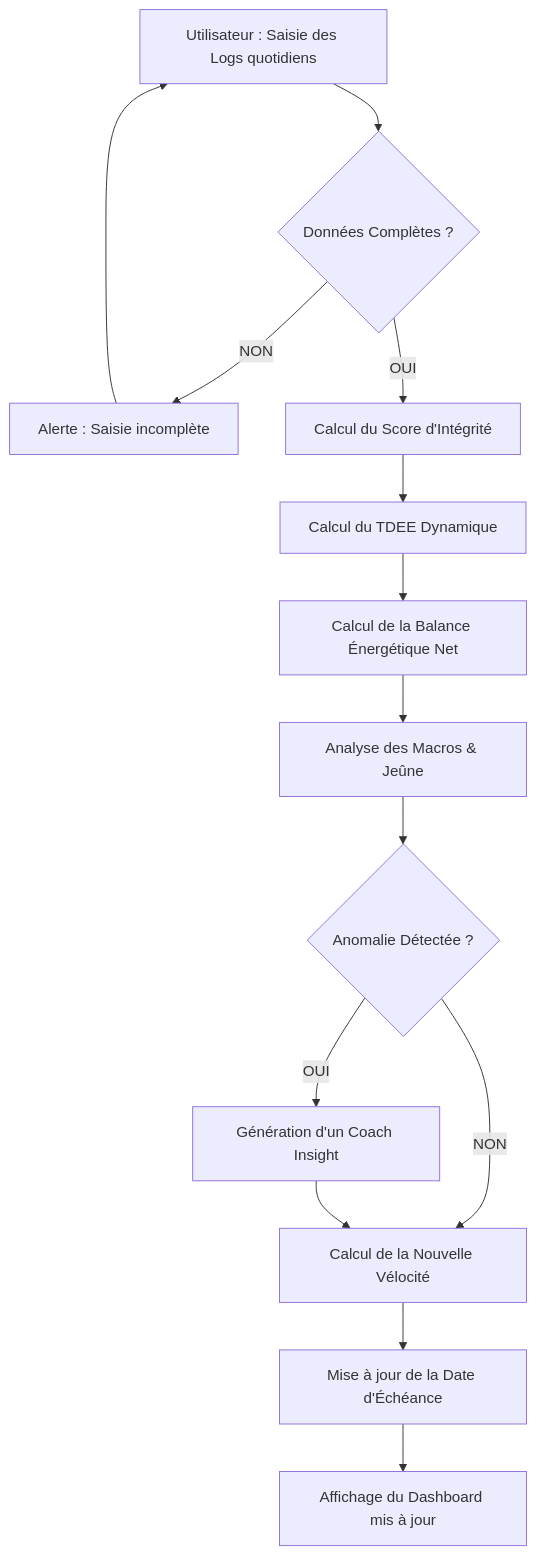
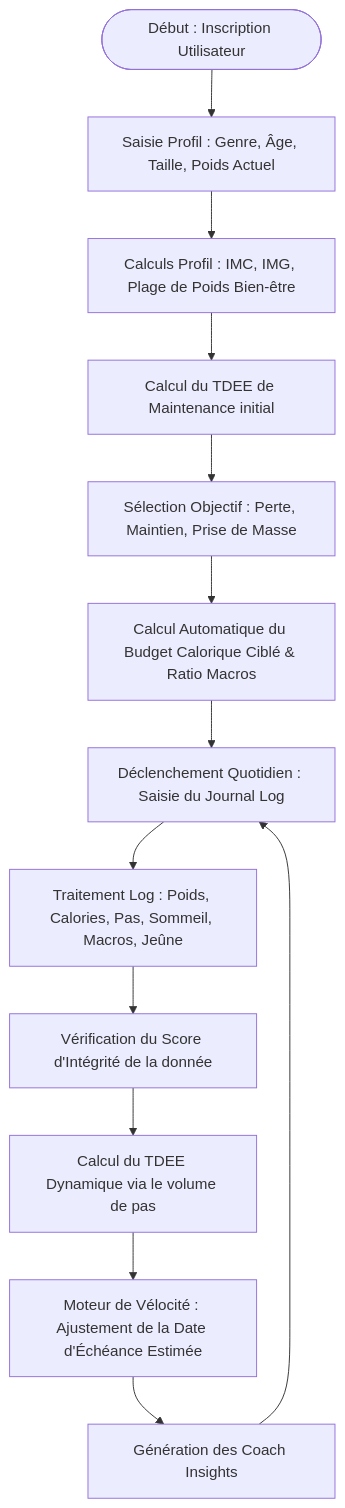
Before and after one commit to alfred000/PulsePath-Engine-BA-Case-Study: the diagram in 02_Analyse_Planification/05_Description_Processus_BPMN.md, drawn with Mermaid. The commit also changed other lines of this file, not shown here.

Commit message:
Update BPMN process description and onboarding steps
Le document a été mis à jour pour inclure un nouveau flux métier et des étapes d'onboarding analytique. Des sections supplémentaires ont été ajoutées pour clarifier le processus.

````diff
--- a/02_Analyse_Planification/05_Description_Processus_BPMN.md
+++ b/02_Analyse_Planification/05_Description_Processus_BPMN.md
@@ -11,16 +8,20 @@
 ```mermaid
 graph TD
-    A[Utilisateur : Saisie des Logs quotidiens] --> B{Données Complètes ?}
-    B -- NON --> C[Alerte : Saisie incomplète]
-    C --> A
-    B -- OUI --> D[Calcul du Score d'Intégrité]
-    D --> E[Calcul du TDEE Dynamique]
-    E --> F[Calcul de la Balance Énergétique Net]
-    F --> G[Analyse des Macros & Jeûne]
-    G --> H{Anomalie Détectée ?}
-    H -- OUI --> I[Génération d'un Coach Insight]
-    H -- NON --> J[Calcul de la Nouvelle Vélocité]
-    I --> J
-    J --> K[Mise à jour de la Date d'Échéance]
-    K --> L[Affichage du Dashboard mis à jour]
+    %% ÉTAPE 1: ONBOARDING & DIAGNOSTIC
+    Start([Début : Inscription Utilisateur]) --> A[Saisie Profil : Genre, Âge, Taille, Poids Actuel]
+    A --> B[Calculs Profil : IMC, IMG, Plage de Poids Bien-être]
+    B --> C[Calcul du TDEE de Maintenance initial]
+    
+    %% ÉTAPE 2: PLANIFICATION S.M.A.R.T
+    C --> D[Sélection Objectif : Perte, Maintien, Prise de Masse]
+    D --> E[Calcul Automatique du Budget Calorique Ciblé & Ratio Macros]
+    
+    %% ÉTAPE 3: JOURNALISATION QUOTIDIENNE (Isolée pour futures API)
+    E --> F[Déclenchement Quotidien : Saisie du Journal Log]
+    F --> G[Traitement Log : Poids, Calories, Pas, Sommeil, Macros, Jeûne]
+    G --> H[Vérification du Score d'Intégrité de la donnée]
+    H --> I[Calcul du TDEE Dynamique via le volume de pas]
+    I --> J[Moteur de Vélocité : Ajustement de la Date d'Échéance Estimée]
+    J --> K[Génération des Coach Insights]
+    K --> F
 ```
````
